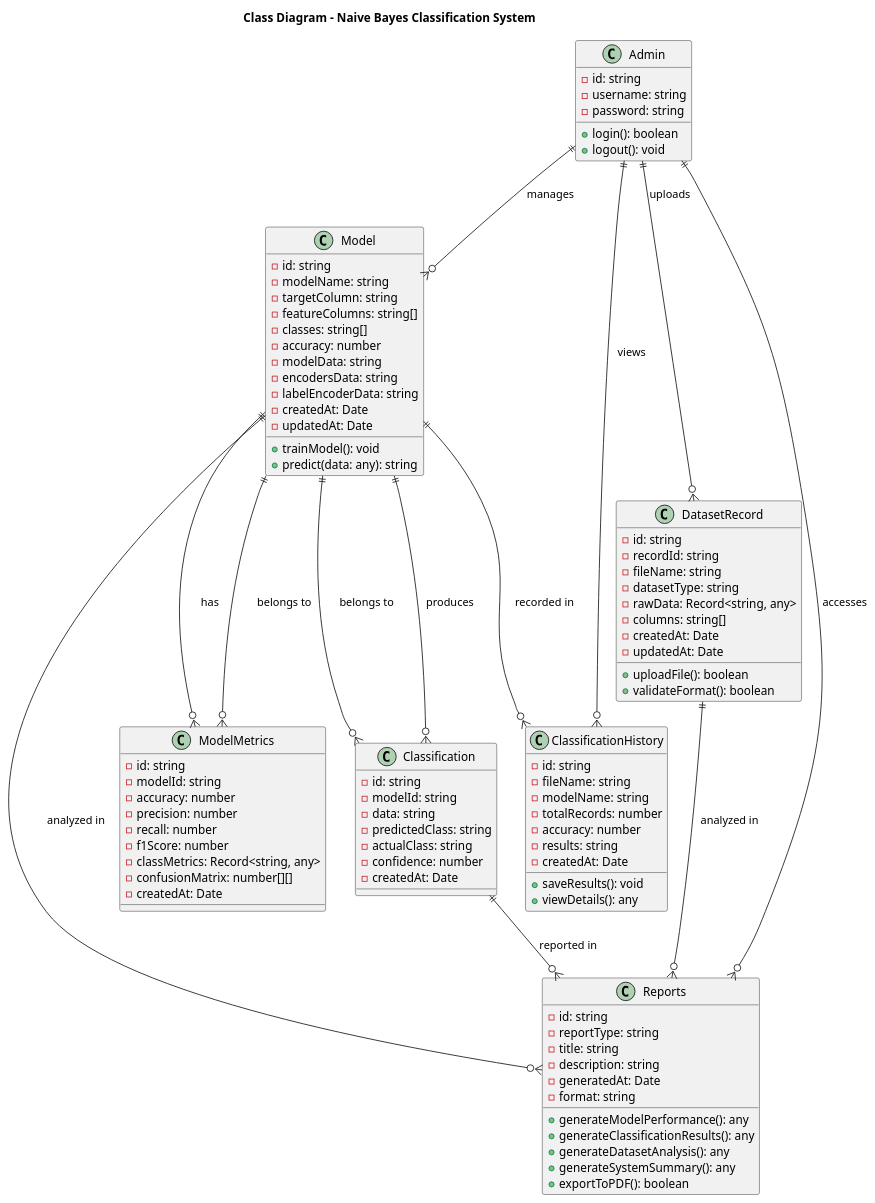
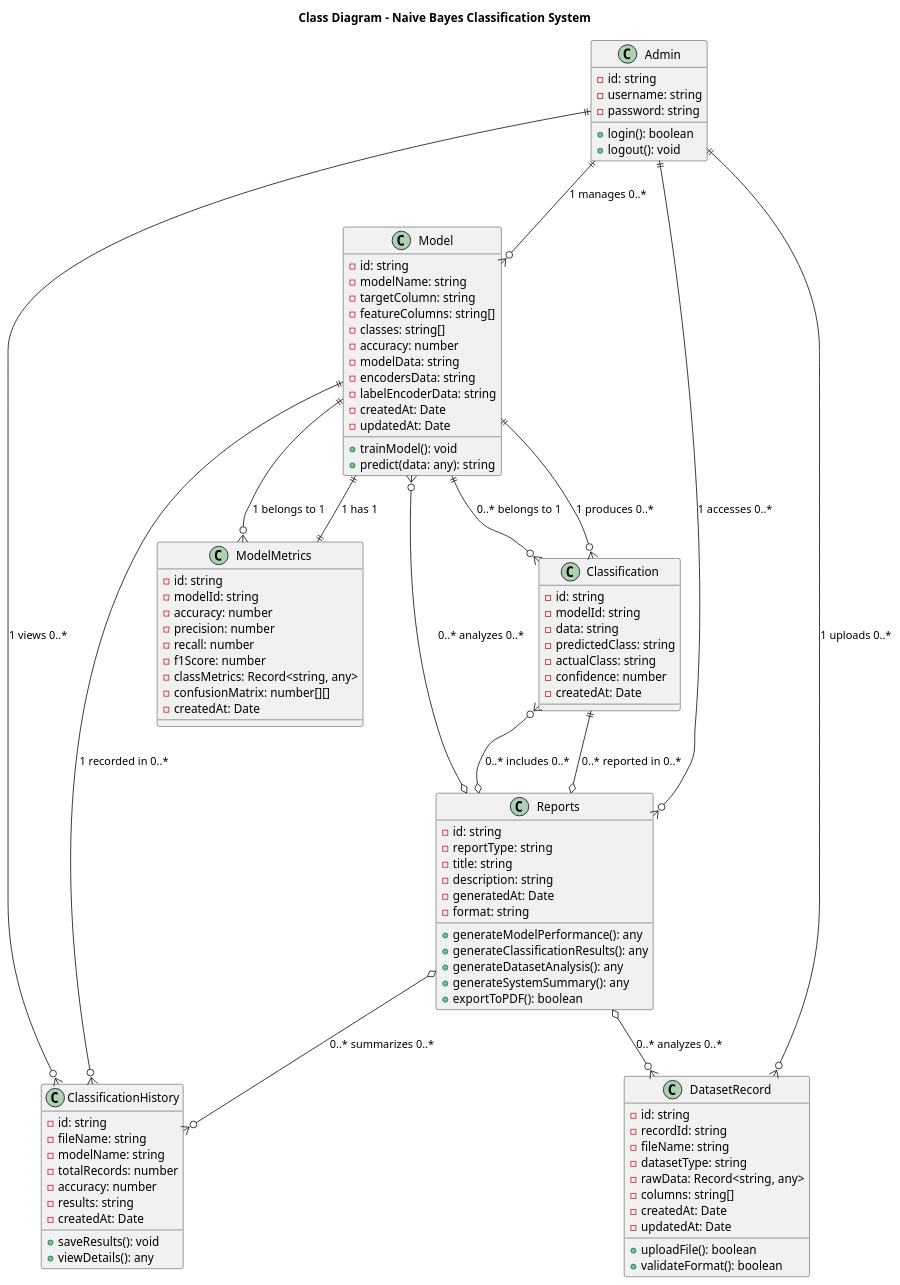
The diagram in docs/class-diagrams/class-diagram.puml (hauntmuskie/naivebayes-nggo), drawn with PlantUML before and after one commit. The commit also changed 16 other files, not shown here.

```diff
--- a/docs/class-diagrams/class-diagram.puml
+++ b/docs/class-diagrams/class-diagram.puml
@@ -1,104 +1,125 @@
 @startuml Class Diagram - Naive Bayes Classification System
 title Class Diagram - Naive Bayes Classification System
 
 ' === MAIN CLASSES ===
 class Admin {
   -id: string
   -username: string
   -password: string
   +login(): boolean
   +logout(): void
 }
 
 class Model {
   -id: string
   -modelName: string
   -targetColumn: string
   -featureColumns: string[]
   -classes: string[]
   -accuracy: number
   -modelData: string
   -encodersData: string
   -labelEncoderData: string
   -createdAt: Date
   -updatedAt: Date
   +trainModel(): void
   +predict(data: any): string
 }
 
 class Classification {
   -id: string
   -modelId: string
   -data: string
   -predictedClass: string
   -actualClass: string
   -confidence: number
   -createdAt: Date
 }
 
 class ModelMetrics {
   -id: string
   -modelId: string
   -accuracy: number
   -precision: number
   -recall: number
   -f1Score: number
   -classMetrics: Record<string, any>
   -confusionMatrix: number[][]
   -createdAt: Date
 }
 
 class DatasetRecord {
   -id: string
   -recordId: string
   -fileName: string
   -datasetType: string
   -rawData: Record<string, any>
   -columns: string[]
   -createdAt: Date
   -updatedAt: Date
   +uploadFile(): boolean
   +validateFormat(): boolean
 }
 
 class ClassificationHistory {
   -id: string
   -fileName: string
   -modelName: string
   -totalRecords: number
   -accuracy: number
   -results: string
   -createdAt: Date
   +saveResults(): void
   +viewDetails(): any
 }
 
 class Reports {
   -id: string
   -reportType: string
   -title: string
   -description: string
   -generatedAt: Date
   -format: string
   +generateModelPerformance(): any
   +generateClassificationResults(): any
   +generateDatasetAnalysis(): any
   +generateSystemSummary(): any
   +exportToPDF(): boolean
 }
 
 ' === RELATIONSHIPS ===
-Admin ||--o{ Model : "manages"
-Model ||--o{ Classification : "produces"
-Model ||--o{ ModelMetrics : "has"
-Admin ||--o{ DatasetRecord : "uploads"
-Admin ||--o{ ClassificationHistory : "views"
-Admin ||--o{ Reports : "accesses"
-Model ||--o{ ClassificationHistory : "recorded in"
-Model ||--o{ Reports : "analyzed in"
-Classification ||--o{ Reports : "reported in"
-DatasetRecord ||--o{ Reports : "analyzed in"
-Classification }o--|| Model : "belongs to"
-ModelMetrics }o--|| Model : "belongs to"
+' Legend:
+' ||--||  : One-to-One
+' ||--o{  : One-to-Many 
+' }o--||  : Many-to-One
+' }o--o{  : Many-to-Many
+' ||--|>  : Inheritance/Extends
+' ||..>   : Implements/Uses
+' ||--*   : Composition (strong)
+' ||--o   : Aggregation (weak)
+
+' Admin relationships
+Admin ||--o{ Model : "1 manages 0..*"
+Admin ||--o{ DatasetRecord : "1 uploads 0..*"
+Admin ||--o{ ClassificationHistory : "1 views 0..*"
+Admin ||--o{ Reports : "1 accesses 0..*"
+
+' Model relationships (core entity)
+Model ||--o{ Classification : "1 produces 0..*"
+Model ||--|| ModelMetrics : "1 has 1"
+Model ||--o{ ClassificationHistory : "1 recorded in 0..*"
+
+' Classification relationships
+Classification }o--|| Model : "0..* belongs to 1"
+Classification ||--o Reports : "0..* reported in 0..*"
+
+' ModelMetrics relationships
+ModelMetrics }o--|| Model : "1 belongs to 1"
+
+' Reports relationships (aggregation)
+Reports o--o{ Model : "0..* analyzes 0..*"
+Reports o--o{ Classification : "0..* includes 0..*"
+Reports o--o{ DatasetRecord : "0..* analyzes 0..*"
+Reports o--o{ ClassificationHistory : "0..* summarizes 0..*"
 
 @enduml
```
